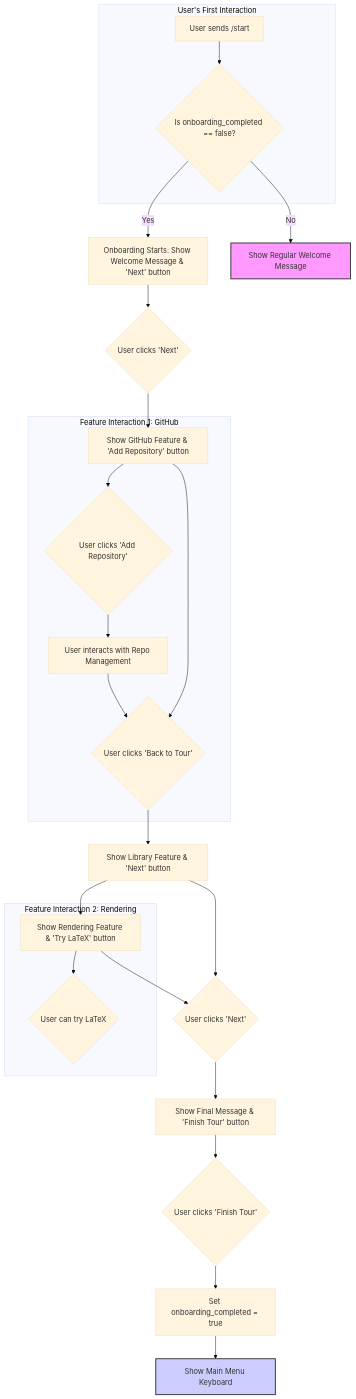
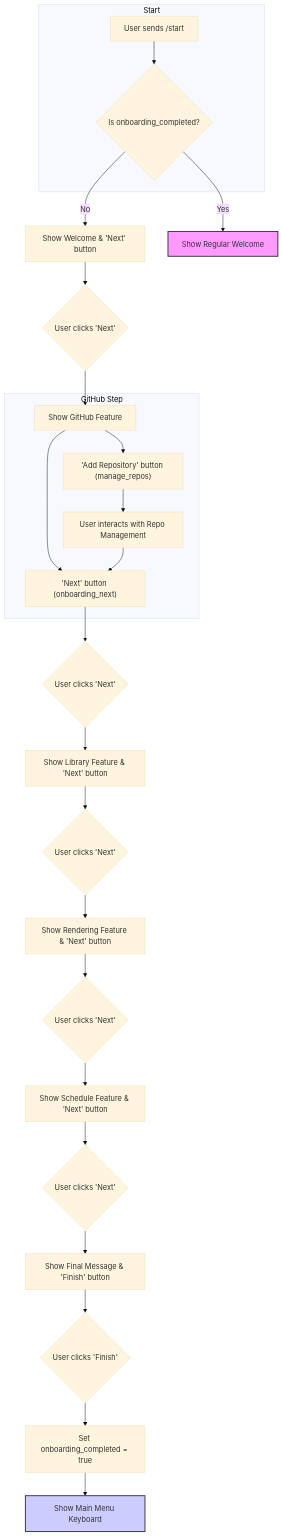
The first of 2 diagrams in README.md (Ackrome/matplobbot), drawn with Mermaid (base theme) before and after one commit. The commit also changed 10 other files, not shown here.

````diff
--- a/README.md
+++ b/README.md
@@ -275,39 +275,34 @@
 ```mermaid
-graph TD
-    subgraph "User's First Interaction"
-        A[User sends /start] --> B{Is onboarding_completed == false?};
+graph TD;
+    subgraph "Start"
+        A[User sends /start] --> B{Is onboarding_completed?};
     end
 
-    B -- Yes --> C[Onboarding Starts: Show Welcome Message & 'Next' button];
-    B -- No --> Z[Show Regular Welcome Message];
+    B -- No --> C[Show Welcome & 'Next' button];
+    B -- Yes --> Z[Show Regular Welcome];
 
     C --> D{User clicks 'Next'};
-    D --> E[Show GitHub Feature & 'Add Repository' button];
+    D --> E[Show GitHub Feature];
 
-    subgraph "Feature Interaction 1: GitHub"
-        E --> F{User clicks 'Add Repository'};
+    subgraph "GitHub Step"
+        E --> F["'Add Repository' button (manage_repos)"];
+        E --> H["'Next' button (onboarding_next)"];
         F --> G[User interacts with Repo Management];
-        G --> H{User clicks 'Back to Tour'};
+        G --> H;
     end
 
-    E --> H;
+    H --> I{User clicks 'Next'};
+    I --> J[Show Library Feature & 'Next' button];
+    J --> K{User clicks 'Next'};
+    K --> L[Show Rendering Feature & 'Next' button];
+    L --> M{User clicks 'Next'};
+    M --> N[Show Schedule Feature & 'Next' button];
+    N --> O{User clicks 'Next'};
+    O --> P[Show Final Message & 'Finish' button];
+    P --> Q{User clicks 'Finish'};
+    Q --> R[Set onboarding_completed = true];
+    R --> S[Show Main Menu Keyboard];
 
-    H --> I[Show Library Feature & 'Next' button];
-    I --> J[Show Rendering Feature & 'Try LaTeX' button];
-
-    subgraph "Feature Interaction 2: Rendering"
-        J --> K{User can try LaTeX};
-    end
-
-    J --> L{User clicks 'Next'};
-    I --> L;
-
-    L --> M[Show Final Message & 'Finish Tour' button]
-
-    M --> N{User clicks 'Finish Tour'};
-    N --> O[Set onboarding_completed = true];
-    O --> P[Show Main Menu Keyboard];
-
-    style Z fill:#f9f,stroke:#333,stroke-width:2px
-    style P fill:#ccf,stroke:#333,stroke-width:2px
+    style Z fill:#f9f,stroke:#333,stroke-width:2px;
+    style S fill:#ccf,stroke:#333,stroke-width:2px;
 ```
````
